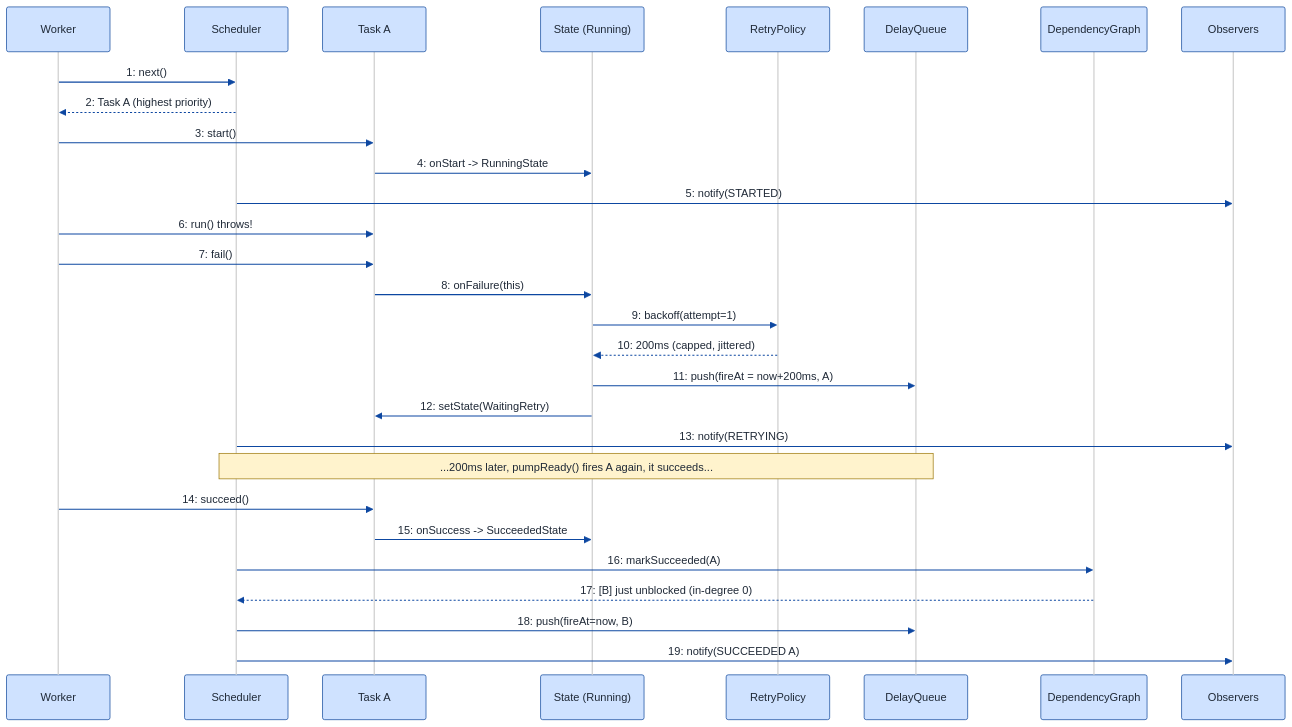
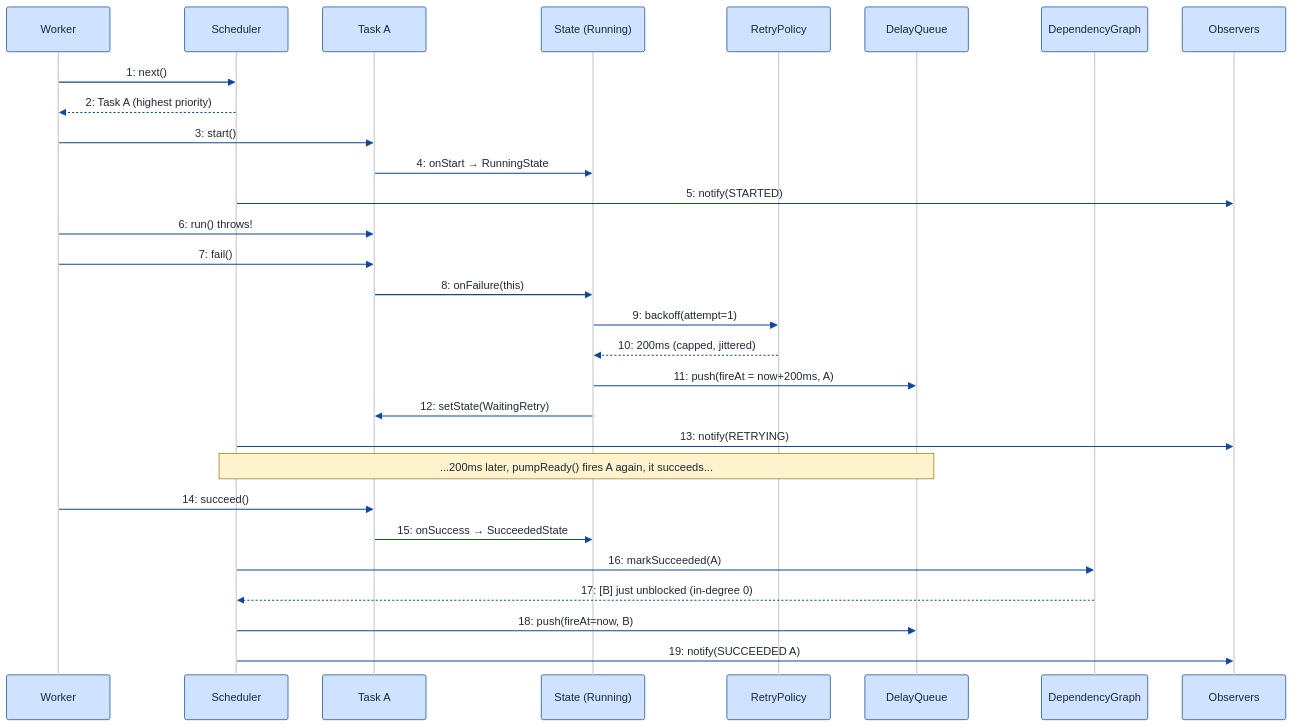
One commit to Prateek-5/question-bank changed the seventh of 7 diagrams in LLD/Topics/LLD_DataStructures/Task_Scheduler.md. Above: the diagram before and after it, drawn with Mermaid. The commit also changed 11 other files, not shown here.

First line of the commit message:
Fix sequenceDiagram parse error: arrow tokens in message text and Note bodies

````diff
--- a/LLD/Topics/LLD_DataStructures/Task_Scheduler.md
+++ b/LLD/Topics/LLD_DataStructures/Task_Scheduler.md
@@ -1248,63 +1248,63 @@
 ```mermaid
 ---
 config:
   theme: neutral
   themeVariables:
     background: '#ffffff'
     primaryColor: '#cfe2ff'
     primaryTextColor: '#1f2937'
     primaryBorderColor: '#084298'
     secondaryColor: '#fff3cd'
     secondaryTextColor: '#1f2937'
     secondaryBorderColor: '#664d03'
     tertiaryColor: '#d1e7dd'
     tertiaryTextColor: '#1f2937'
     tertiaryBorderColor: '#0a3622'
     lineColor: '#0d47a1'
     textColor: '#1f2937'
     noteBkgColor: '#fff3cd'
     noteTextColor: '#1f2937'
     noteBorderColor: '#997404'
     actorBkg: '#cfe2ff'
     actorBorder: '#084298'
     actorTextColor: '#1f2937'
     signalColor: '#0d47a1'
     signalTextColor: '#1f2937'
     labelBoxBkgColor: '#ffffff'
     labelBoxBorderColor: '#d3d3d3'
     labelTextColor: '#1f2937'
     edgeLabelBackground: '#ffffff'
     labelBackground: '#ffffff'
     classText: '#1f2937'
     fontFamily: 'system-ui, -apple-system, Segoe UI, Helvetica, Arial, sans-serif'
 ---
 sequenceDiagram
   participant W as Worker
   participant Sched as Scheduler
   participant T as Task A
   participant St as State (Running)
   participant RP as RetryPolicy
   participant DQ as DelayQueue
   participant G as DependencyGraph
   participant Obs as Observers
   W->>Sched: 1: next()
   Sched-->>W: 2: Task A (highest priority)
   W->>T: 3: start()
-  T->>St: 4: onStart -> RunningState
+  T->>St: 4: onStart → RunningState
   Sched->>Obs: 5: notify(STARTED)
   W->>T: 6: run() throws!
   W->>T: 7: fail()
   T->>St: 8: onFailure(this)
   St->>RP: 9: backoff(attempt=1)
   RP-->>St: 10: 200ms (capped, jittered)
   St->>DQ: 11: push(fireAt = now+200ms, A)
   St->>T: 12: setState(WaitingRetry)
   Sched->>Obs: 13: notify(RETRYING)
   Note over DQ,Sched: ...200ms later, pumpReady() fires A again, it succeeds...
   W->>T: 14: succeed()
-  T->>St: 15: onSuccess -> SucceededState
+  T->>St: 15: onSuccess → SucceededState
   Sched->>G: 16: markSucceeded(A)
   G-->>Sched: 17: [B] just unblocked (in-degree 0)
   Sched->>DQ: 18: push(fireAt=now, B)
   Sched->>Obs: 19: notify(SUCCEEDED A)
 ```
````
